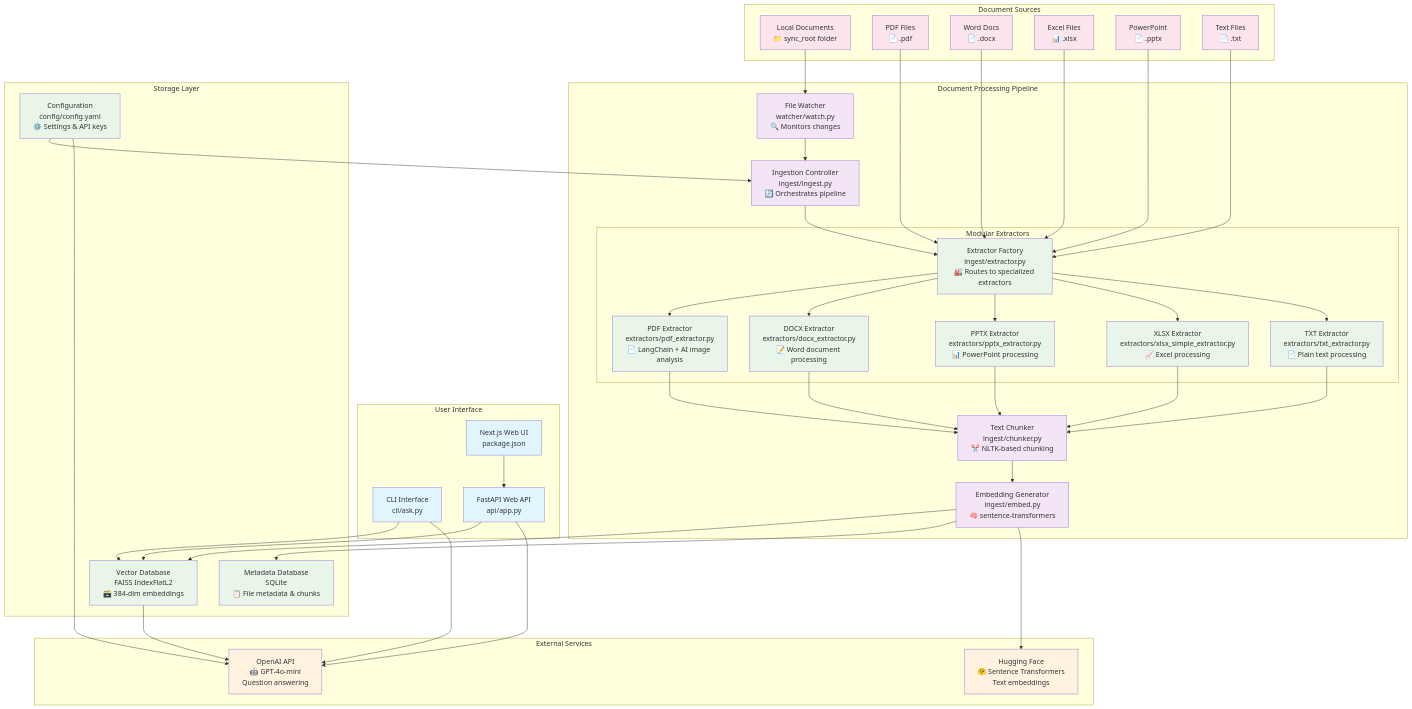
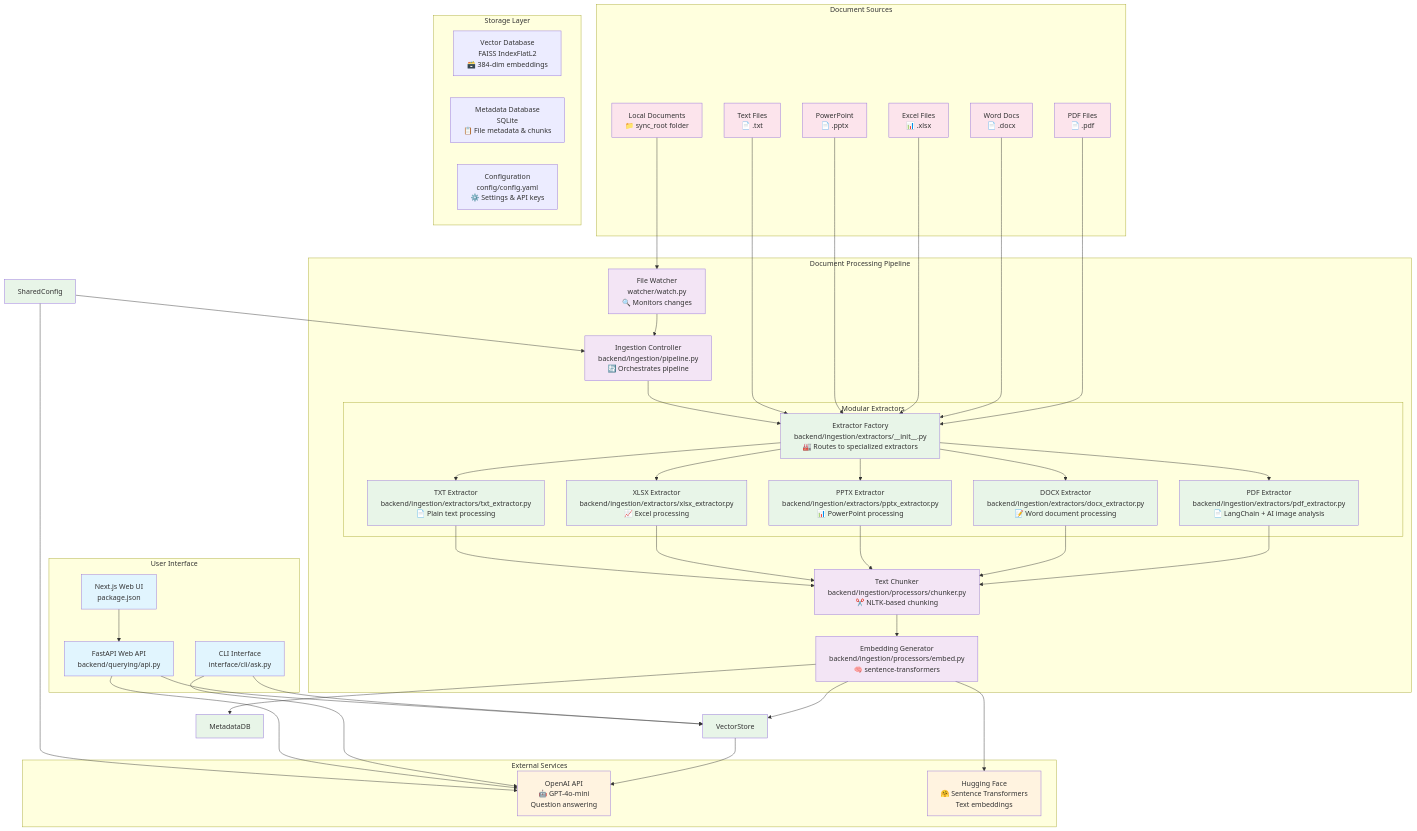
One commit to AbhiramDwivedi/docrag changed the first of 4 diagrams in docs/ARCHITECTURE.md. Above: the diagram before and after it, drawn with Mermaid. The commit also changed other lines of this file and 1 other file, not shown here.

First line of the commit message:
docs: Update architecture diagrams to reflect new backend structure

````diff
--- a/docs/ARCHITECTURE.md
+++ b/docs/ARCHITECTURE.md
@@ -12,8 +12,8 @@
 graph TB
     %% User Interface Layer
     subgraph "User Interface"
-        CLI[CLI Interface<br/>cli/ask.py]
-        API[FastAPI Web API<br/>api/app.py]
+        CLI[CLI Interface<br/>interface/cli/ask.py]
+        API[FastAPI Web API<br/>backend/querying/api.py]
         WebUI[Next.js Web UI<br/>package.json]
     end
 
@@ -32,17 +32,17 @@
         Watcher[File Watcher<br/>watcher/watch.py<br/>🔍 Monitors changes]
         
         subgraph "Modular Extractors"
-            ExtractorFactory[Extractor Factory<br/>ingest/extractor.py<br/>🏭 Routes to specialized extractors]
-            PDFExtractor[PDF Extractor<br/>extractors/pdf_extractor.py<br/>📄 LangChain + AI image analysis]
-            DOCXExtractor[DOCX Extractor<br/>extractors/docx_extractor.py<br/>📝 Word document processing]
-            PPTXExtractor[PPTX Extractor<br/>extractors/pptx_extractor.py<br/>📊 PowerPoint processing]
-            XLSXExtractor[XLSX Extractor<br/>extractors/xlsx_simple_extractor.py<br/>📈 Excel processing]
-            TXTExtractor[TXT Extractor<br/>extractors/txt_extractor.py<br/>📄 Plain text processing]
+            ExtractorFactory[Extractor Factory<br/>backend/ingestion/extractors/__init__.py<br/>🏭 Routes to specialized extractors]
+            PDFExtractor[PDF Extractor<br/>backend/ingestion/extractors/pdf_extractor.py<br/>📄 LangChain + AI image analysis]
+            DOCXExtractor[DOCX Extractor<br/>backend/ingestion/extractors/docx_extractor.py<br/>📝 Word document processing]
+            PPTXExtractor[PPTX Extractor<br/>backend/ingestion/extractors/pptx_extractor.py<br/>📊 PowerPoint processing]
+            XLSXExtractor[XLSX Extractor<br/>backend/ingestion/extractors/xlsx_extractor.py<br/>📈 Excel processing]
+            TXTExtractor[TXT Extractor<br/>backend/ingestion/extractors/txt_extractor.py<br/>📄 Plain text processing]
         end
         
-        Chunker[Text Chunker<br/>ingest/chunker.py<br/>✂️ NLTK-based chunking]
-        Embedder[Embedding Generator<br/>ingest/embed.py<br/>🧠 sentence-transformers]
-        Ingest[Ingestion Controller<br/>ingest/ingest.py<br/>🔄 Orchestrates pipeline]
+        Chunker[Text Chunker<br/>backend/ingestion/processors/chunker.py<br/>✂️ NLTK-based chunking]
+        Embedder[Embedding Generator<br/>backend/ingestion/processors/embed.py<br/>🧠 sentence-transformers]
+        Pipeline[Ingestion Controller<br/>backend/ingestion/pipeline.py<br/>🔄 Orchestrates pipeline]
     end
 
     %% Storage Layer
@@ -78,23 +78,23 @@
     XLSXExtractor --> Chunker
     TXTExtractor --> Chunker
     
-    Watcher --> Ingest
-    Ingest --> ExtractorFactory
+    Watcher --> Pipeline
+    Pipeline --> ExtractorFactory
     Chunker --> Embedder
-    Embedder --> VectorDB
-    Embedder --> MetaDB
+    Embedder --> VectorStore
+    Embedder --> MetadataDB
     
-    CLI --> VectorDB
-    API --> VectorDB
+    CLI --> VectorStore
+    API --> VectorStore
     WebUI --> API
     
-    VectorDB --> OpenAI
+    VectorStore --> OpenAI
     CLI --> OpenAI
     API --> OpenAI
     
     Embedder --> HuggingFace
-    ConfigFile --> Ingest
-    ConfigFile --> OpenAI
+    SharedConfig --> Pipeline
+    SharedConfig --> OpenAI
 
     %% Styling
     classDef userInterface fill:#e1f5fe
@@ -105,9 +105,9 @@
     classDef documents fill:#fce4ec
 
     class CLI,API,WebUI userInterface
-    class Watcher,Chunker,Embedder,Ingest processing
+    class Watcher,Chunker,Embedder,Pipeline processing
     class ExtractorFactory,PDFExtractor,DOCXExtractor,PPTXExtractor,XLSXExtractor,TXTExtractor extractors
-    class VectorDB,MetaDB,ConfigFile storage
+    class VectorStore,MetadataDB,SharedConfig storage
     class OpenAI,HuggingFace external
     class LocalDocs,PDFs,Word,Excel,PPT,TXT documents
 ```
````
